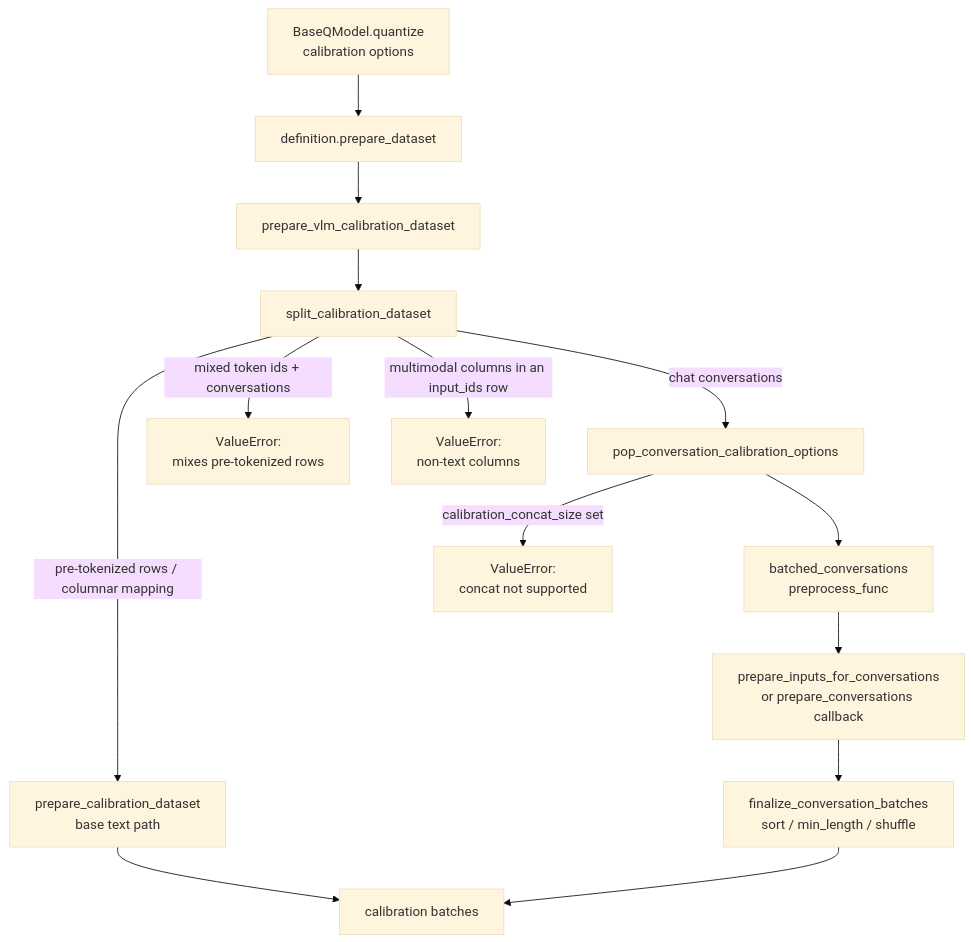
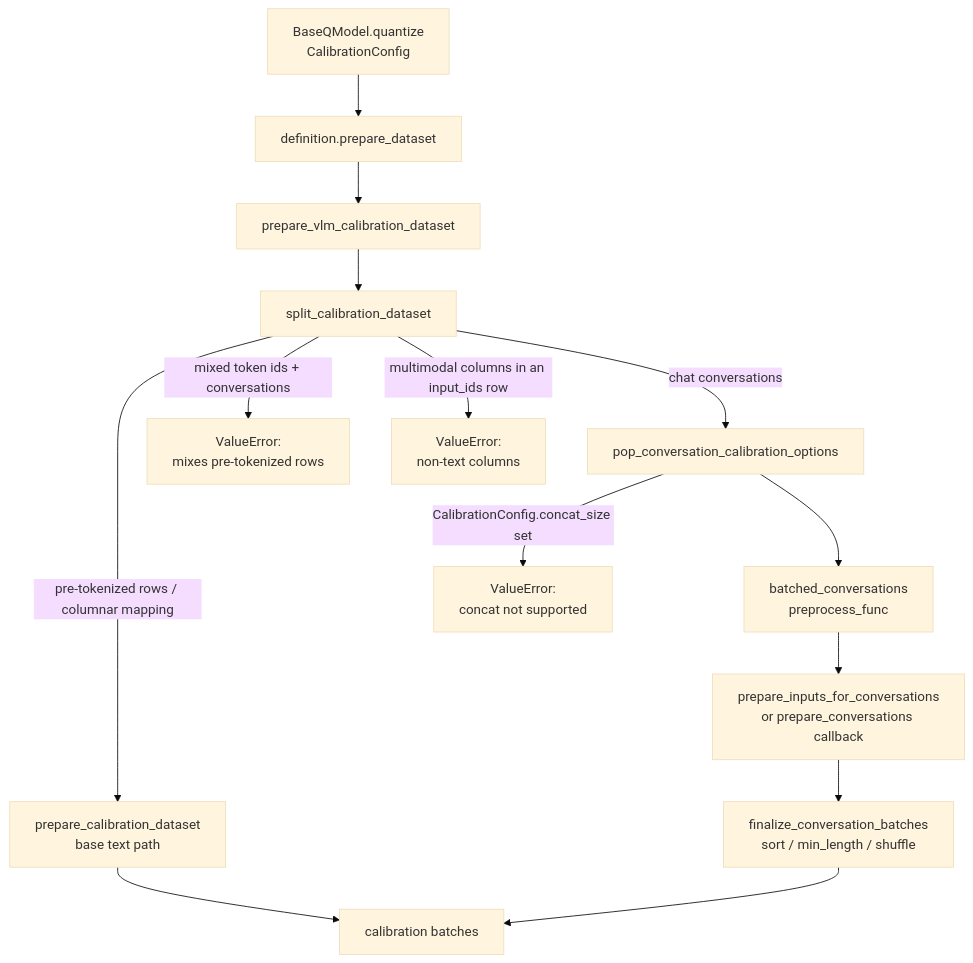
The first of 2 diagrams in docs/vlm-calibration-input-normalization.md (ModelCloud/GPTQModel), drawn with Mermaid (base theme) before and after one commit. The commit also changed other lines of this file and 226 other files, not shown here.

````diff
--- a/docs/vlm-calibration-input-normalization.md
+++ b/docs/vlm-calibration-input-normalization.md
@@ -19,16 +19,16 @@
 ```mermaid
 flowchart TD
-    A["BaseQModel.quantize<br/>calibration options"] --> B["definition.prepare_dataset"]
+    A["BaseQModel.quantize<br/>CalibrationConfig"] --> B["definition.prepare_dataset"]
     B --> C["prepare_vlm_calibration_dataset"]
     C --> D["split_calibration_dataset"]
     D -->|"pre-tokenized rows / columnar mapping"| E["prepare_calibration_dataset<br/>base text path"]
     D -->|"mixed token ids + conversations"| F["ValueError:<br/>mixes pre-tokenized rows"]
     D -->|"multimodal columns in an input_ids row"| G["ValueError:<br/>non-text columns"]
     D -->|"chat conversations"| H["pop_conversation_calibration_options"]
-    H -->|"calibration_concat_size set"| I["ValueError:<br/>concat not supported"]
+    H -->|"CalibrationConfig.concat_size set"| I["ValueError:<br/>concat not supported"]
     H --> J["batched_conversations<br/>preprocess_func"]
     J --> K["prepare_inputs_for_conversations<br/>or prepare_conversations callback"]
     K --> L["finalize_conversation_batches<br/>sort / min_length / shuffle"]
     E --> M["calibration batches"]
     L --> M
 ```
````
